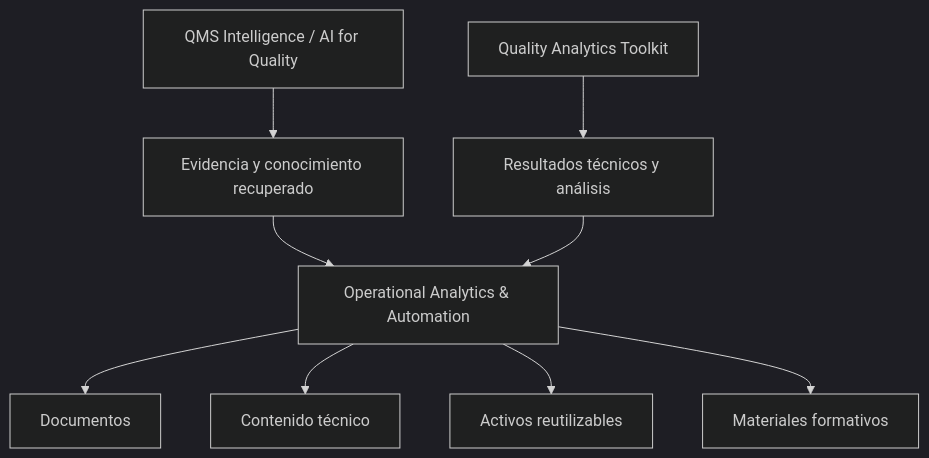
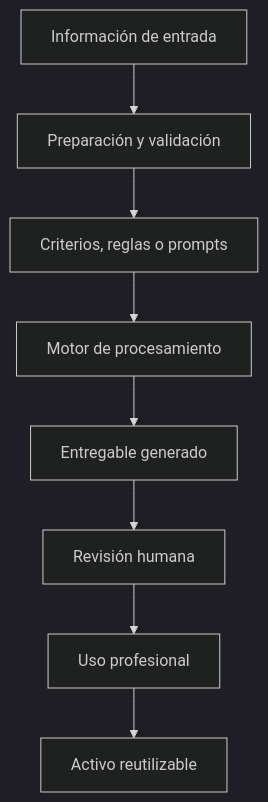
The second of 2 diagrams in README.md (fjgonzalezmgt/Operational-Analytics-Automation), drawn with Mermaid (dark theme) before and after one commit. The commit also changed other lines of this file, not shown here.

Commit message:
Align README with Quality Analytics ecosystem positioning

````diff
--- a/README.md
+++ b/README.md
@@ -329,11 +58,10 @@
 ```mermaid
 flowchart TD
-    A[QMS Intelligence / AI for Quality] --> B[Evidencia y conocimiento recuperado]
-    C[Quality Analytics Toolkit] --> D[Resultados técnicos y análisis]
-    B --> E[Operational Analytics & Automation]
-    D --> E
-    E --> F[Documentos]
-    E --> G[Contenido técnico]
-    E --> H[Activos reutilizables]
-    E --> I[Materiales formativos]
+    A[Información de entrada] --> B[Preparación y validación]
+    B --> C[Criterios, reglas o prompts]
+    C --> D[Motor de procesamiento]
+    D --> E[Entregable generado]
+    E --> F[Revisión humana]
+    F --> G[Uso profesional]
+    G --> H[Activo reutilizable]
 ```
````
